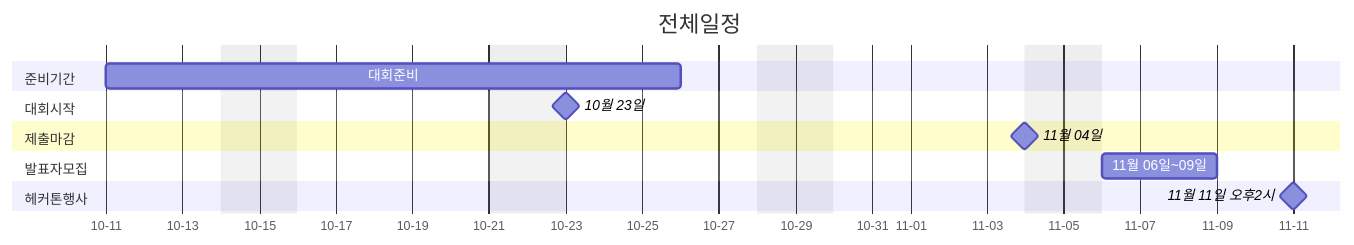
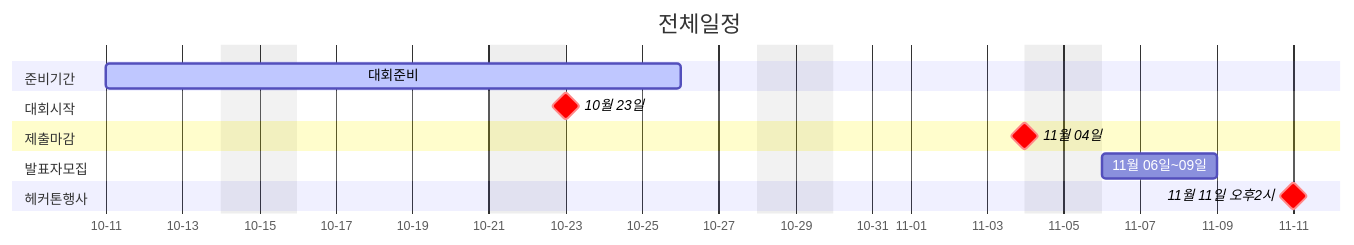
Before and after one commit to Pseudo-Lab/huggingface-hackathon23: the diagram in logistics/index.qmd, drawn with Mermaid. The commit also changed other lines of this file, not shown here.

````diff
--- a/logistics/index.qmd
+++ b/logistics/index.qmd
@@ -15,17 +6,17 @@
 ```{mermaid}
 gantt
       title 전체일정
       dateFormat MM-DD
       axisFormat %m-%d
       excludes    weekends
       section 준비기간
-         대회준비                : 10-11, 10-22
+         대회준비                :active, 10-11, 10-22
       section 대회시작
-         10월 23일            :milestone,  10-23, 10-23
+         10월 23일            :crit, milestone,  10-23, 10-23
       section 제출마감
-         11월 04일            :milestone,  11-04, 11-04
+         11월 04일            :crit, milestone,  11-04, 11-04
       section 발표자모집
          11월 06일~09일  :11-06, 11-09
       section 헤커톤행사
-         11월 11일 오후2시  :milestone, 11-11, 11-11
+         11월 11일 오후2시  :crit, milestone, 11-11, 11-11
 ```
````
